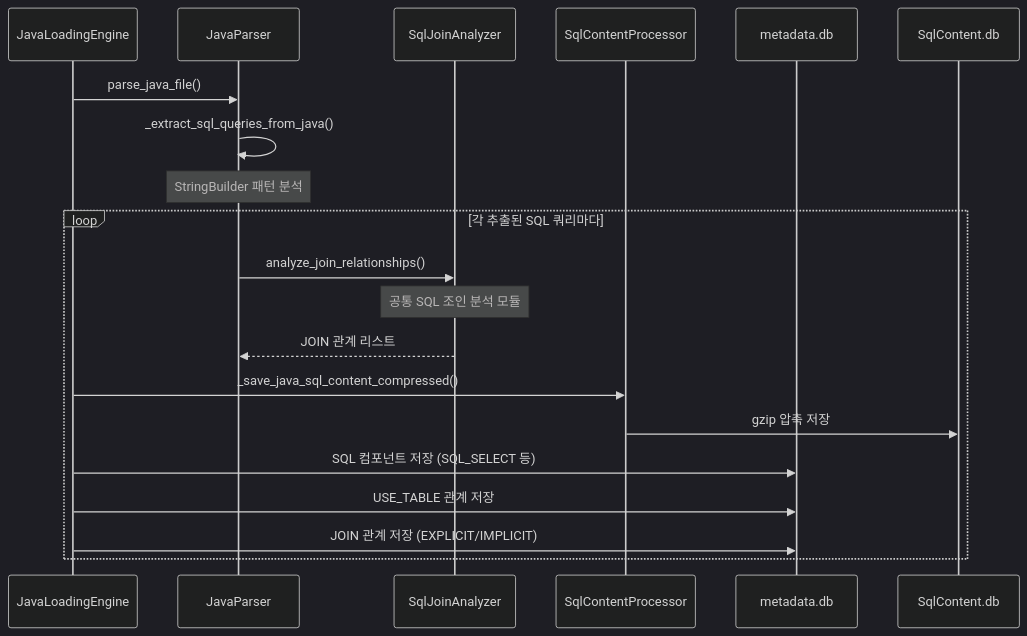
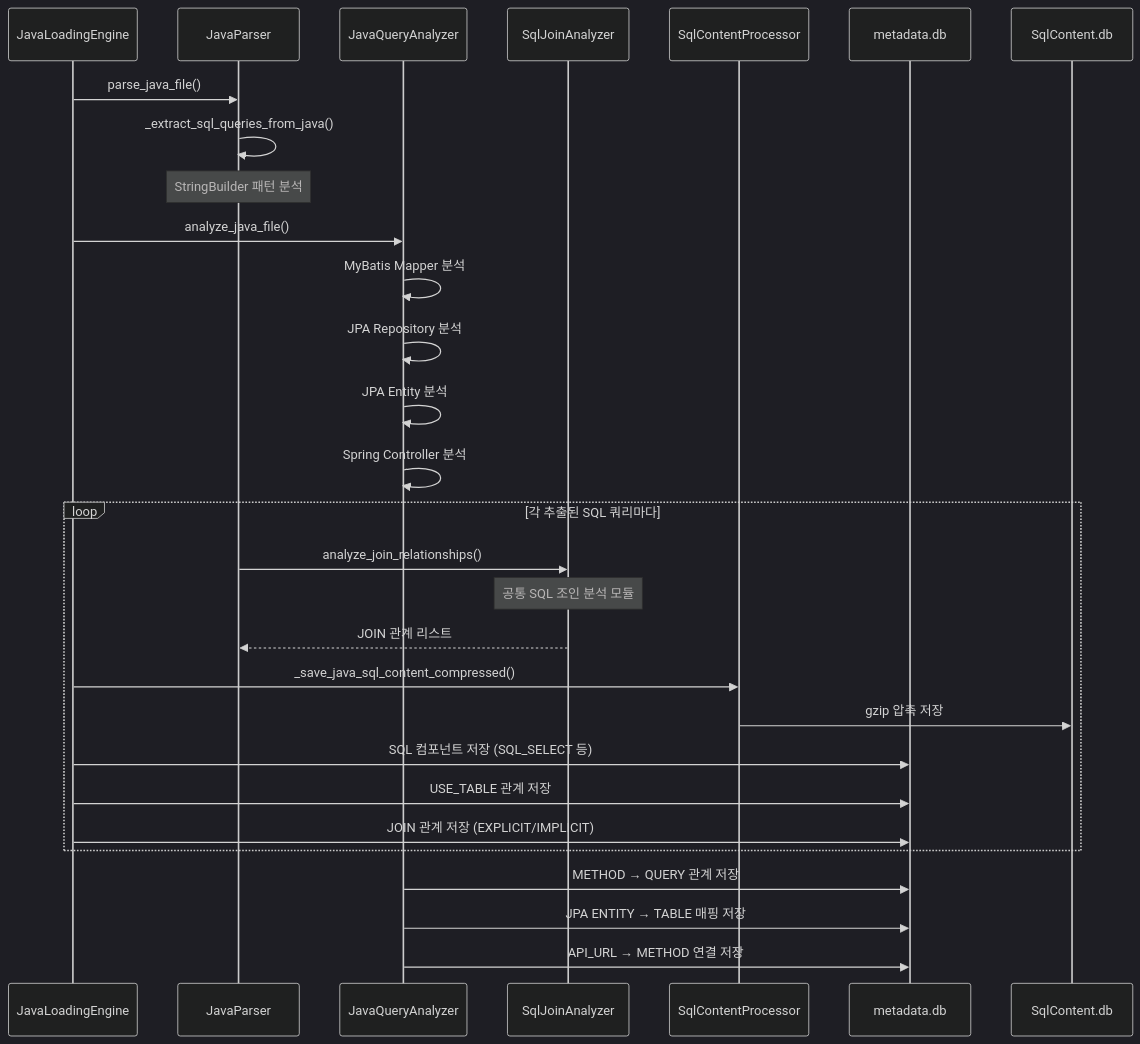
Before and after one commit to kumtaek/CreateMetaDb: the third of 3 diagrams in docs/07_4단계_Java_분석_구현서.md, drawn with Mermaid (dark theme). The commit also changed other lines of this file and 43 other files, not shown here.

````diff
--- a/docs/07_4단계_Java_분석_구현서.md
+++ b/docs/07_4단계_Java_분석_구현서.md
@@ -916,26 +942,37 @@
 ```mermaid
 sequenceDiagram
     participant JE as JavaLoadingEngine
     participant JP as JavaParser
+    participant JQA as JavaQueryAnalyzer
     participant SJA as SqlJoinAnalyzer
     participant SCP as SqlContentProcessor
     participant DB as metadata.db
     participant SCDB as SqlContent.db
 
     JE->>JP: parse_java_file()
     JP->>JP: _extract_sql_queries_from_java()
     Note over JP: StringBuilder 패턴 분석
+
+    JE->>JQA: analyze_java_file()
+    JQA->>JQA: MyBatis Mapper 분석
+    JQA->>JQA: JPA Repository 분석
+    JQA->>JQA: JPA Entity 분석
+    JQA->>JQA: Spring Controller 분석
 
     loop 각 추출된 SQL 쿼리마다
         JP->>SJA: analyze_join_relationships()
         Note over SJA: 공통 SQL 조인 분석 모듈
         SJA-->>JP: JOIN 관계 리스트
 
         JE->>SCP: _save_java_sql_content_compressed()
         SCP->>SCDB: gzip 압축 저장
 
         JE->>DB: SQL 컴포넌트 저장 (SQL_SELECT 등)
         JE->>DB: USE_TABLE 관계 저장
         JE->>DB: JOIN 관계 저장 (EXPLICIT/IMPLICIT)
     end
+
+    JQA->>DB: METHOD → QUERY 관계 저장
+    JQA->>DB: JPA ENTITY → TABLE 매핑 저장
+    JQA->>DB: API_URL → METHOD 연결 저장
 ```
````
